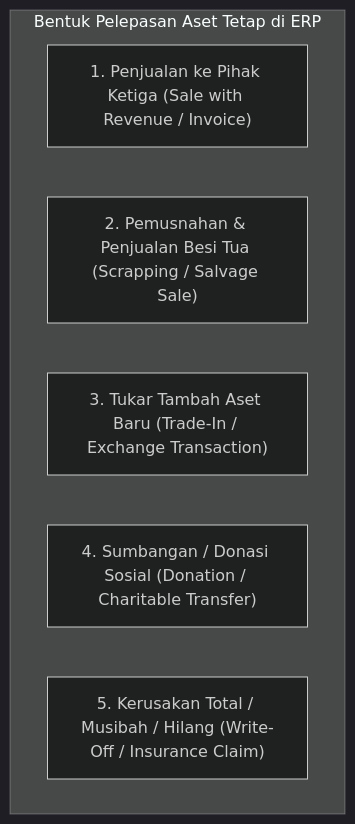
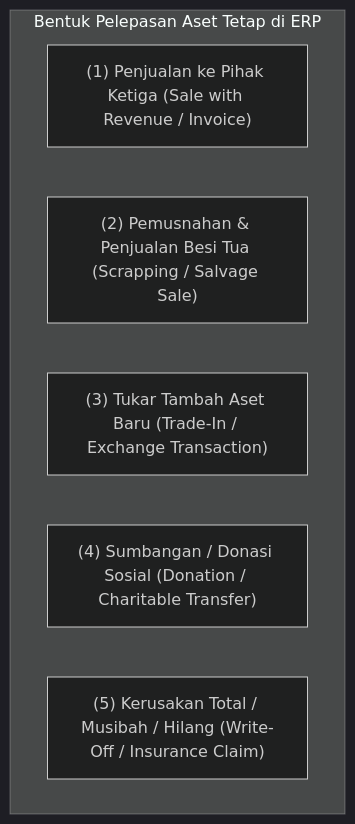
One commit to alimurrofid/erp-notes changed the second of 3 diagrams in content/08-assets/asset-disposal-and-retirement.md. Above: the diagram before and after it, drawn with Mermaid (dark theme). The commit also changed other lines of this file and 132 other files, not shown here.

````diff
--- a/content/08-assets/asset-disposal-and-retirement.md
+++ b/content/08-assets/asset-disposal-and-retirement.md
@@ -36,10 +36,10 @@
 ```mermaid
 graph TD
     subgraph DisposalChannels["Bentuk Pelepasan Aset Tetap di ERP"]
-        S1["1. Penjualan ke Pihak Ketiga (Sale with Revenue / Invoice)"]
-        S2["2. Pemusnahan & Penjualan Besi Tua (Scrapping / Salvage Sale)"]
-        S3["3. Tukar Tambah Aset Baru (Trade-In / Exchange Transaction)"]
-        S4["4. Sumbangan / Donasi Sosial (Donation / Charitable Transfer)"]
-        S5["5. Kerusakan Total / Musibah / Hilang (Write-Off / Insurance Claim)"]
+        S1["(1) Penjualan ke Pihak Ketiga (Sale with Revenue / Invoice)"]
+        S2["(2) Pemusnahan & Penjualan Besi Tua (Scrapping / Salvage Sale)"]
+        S3["(3) Tukar Tambah Aset Baru (Trade-In / Exchange Transaction)"]
+        S4["(4) Sumbangan / Donasi Sosial (Donation / Charitable Transfer)"]
+        S5["(5) Kerusakan Total / Musibah / Hilang (Write-Off / Insurance Claim)"]
     end
 ```
````
